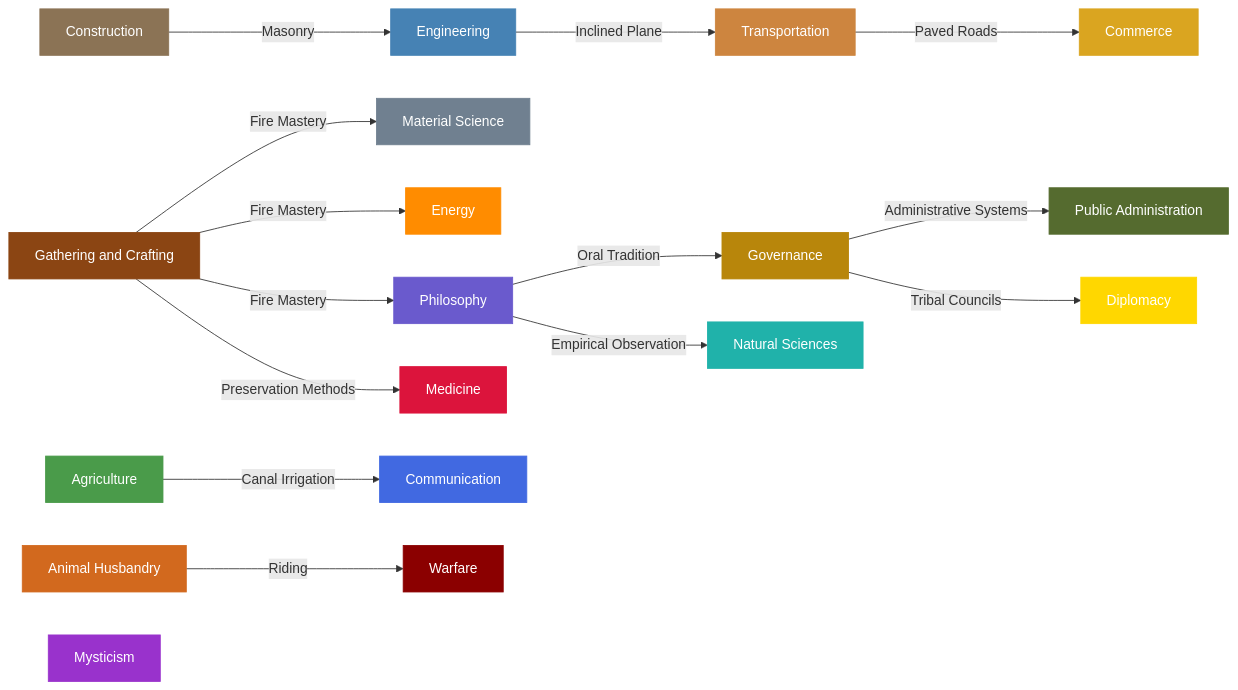
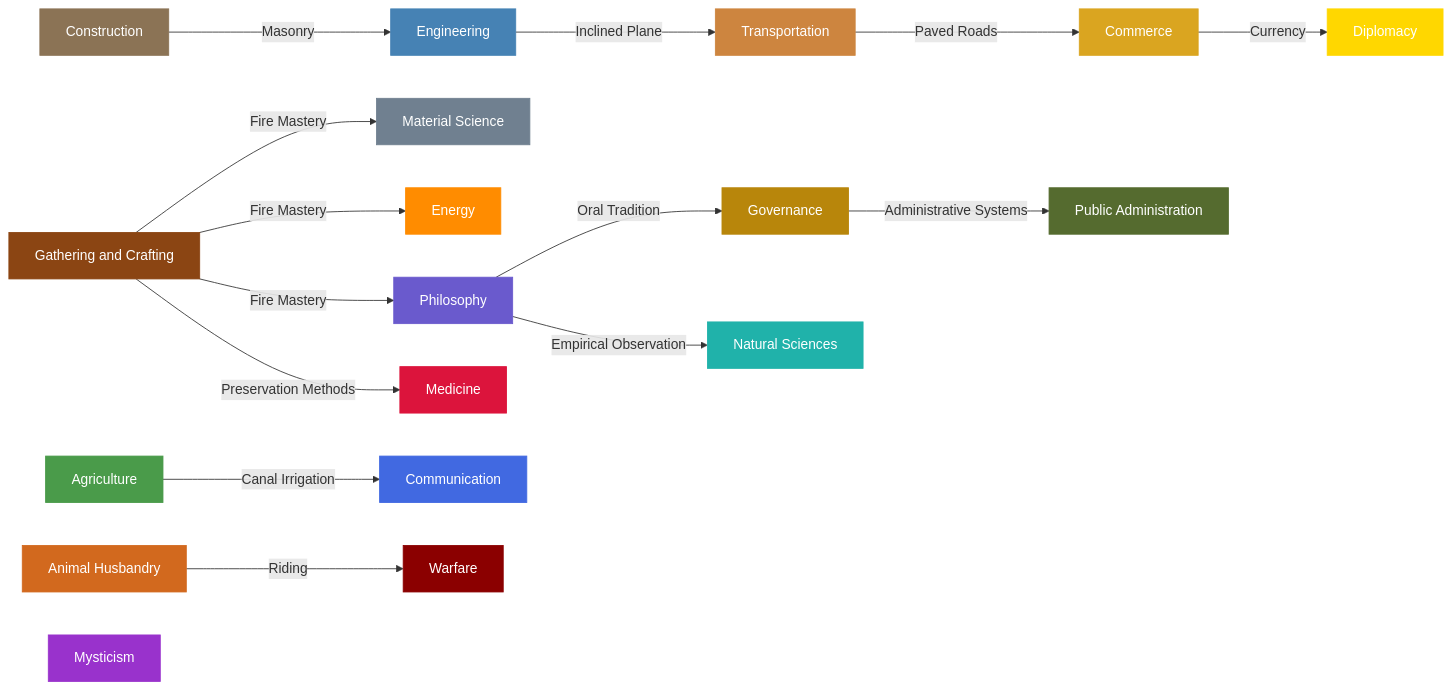
Before and after one commit to hyperbaton/hex4k: the third of 3 diagrams in docs/content_progression.md, drawn with Mermaid. The commit also changed other lines of this file and 20 other files, not shown here.

````diff
--- a/docs/content_progression.md
+++ b/docs/content_progression.md
@@ -400,54 +450,54 @@
 ```mermaid
 graph LR
 
   agriculture["Agriculture"]
   style agriculture fill:#4A9B4A,stroke:#4A9B4A,color:#fff
   animal_husbandry["Animal Husbandry"]
   style animal_husbandry fill:#D2691E,stroke:#D2691E,color:#fff
   gathering_and_crafting["Gathering and Crafting"]
   style gathering_and_crafting fill:#8B4513,stroke:#8B4513,color:#fff
   construction["Construction"]
   style construction fill:#8B7355,stroke:#8B7355,color:#fff
   mysticism["Mysticism"]
   style mysticism fill:#9932CC,stroke:#9932CC,color:#fff
 
   material_science["Material Science"]
   style material_science fill:#708090,stroke:#708090,color:#fff
   gathering_and_crafting -- "Fire Mastery" --> material_science
   engineering["Engineering"]
   style engineering fill:#4682B4,stroke:#4682B4,color:#fff
   construction -- "Masonry" --> engineering
   governance["Governance"]
   style governance fill:#B8860B,stroke:#B8860B,color:#fff
   philosophy -- "Oral Tradition" --> governance
   transportation["Transportation"]
   style transportation fill:#CD853F,stroke:#CD853F,color:#fff
   engineering -- "Inclined Plane" --> transportation
   communication["Communication"]
   style communication fill:#4169E1,stroke:#4169E1,color:#fff
   agriculture -- "Canal Irrigation" --> communication
   public_administration["Public Administration"]
   style public_administration fill:#556B2F,stroke:#556B2F,color:#fff
   governance -- "Administrative Systems" --> public_administration
   commerce["Commerce"]
   style commerce fill:#DAA520,stroke:#DAA520,color:#fff
   transportation -- "Paved Roads" --> commerce
   natural_sciences["Natural Sciences"]
   style natural_sciences fill:#20B2AA,stroke:#20B2AA,color:#fff
   philosophy -- "Empirical Observation" --> natural_sciences
   energy["Energy"]
   style energy fill:#FF8C00,stroke:#FF8C00,color:#fff
   gathering_and_crafting -- "Fire Mastery" --> energy
   philosophy["Philosophy"]
   style philosophy fill:#6A5ACD,stroke:#6A5ACD,color:#fff
   gathering_and_crafting -- "Fire Mastery" --> philosophy
   medicine["Medicine"]
   style medicine fill:#DC143C,stroke:#DC143C,color:#fff
   gathering_and_crafting -- "Preservation Methods" --> medicine
   warfare["Warfare"]
   style warfare fill:#8B0000,stroke:#8B0000,color:#fff
   animal_husbandry -- "Riding" --> warfare
   diplomacy["Diplomacy"]
   style diplomacy fill:#FFD700,stroke:#FFD700,color:#fff
-  governance -- "Tribal Councils" --> diplomacy
+  commerce -- "Currency" --> diplomacy
 ```
````
